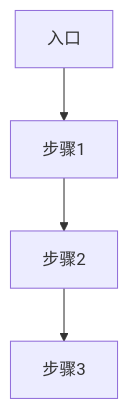
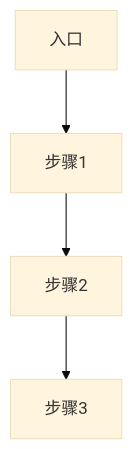
One commit to hproof/claude-market-gamedev changed the fifth of 5 diagrams in plugins/code-analyzer/skills/module-analyzer/SKILL.md. Above: the diagram before and after it, drawn with Mermaid. The commit also changed other lines of this file and 1 other file, not shown here.

First line of the commit message:
feat(code-analyzer): 优化 Mermaid 图表高度显示

````diff
--- a/plugins/code-analyzer/skills/module-analyzer/SKILL.md
+++ b/plugins/code-analyzer/skills/module-analyzer/SKILL.md
@@ -224,6 +228,7 @@
 ```mermaid
+%%{init: {'theme': 'base', 'flowchart': { 'useMaxWidth': true, 'padding': 16, 'nodeSpacing': 50, 'rankSpacing': 60 }}}%%
 graph TD
     Entry[入口] --> Step1[步骤1]
     Step1 --> Step2[步骤2]
     Step2 --> Step3[步骤3]
 ```
````
